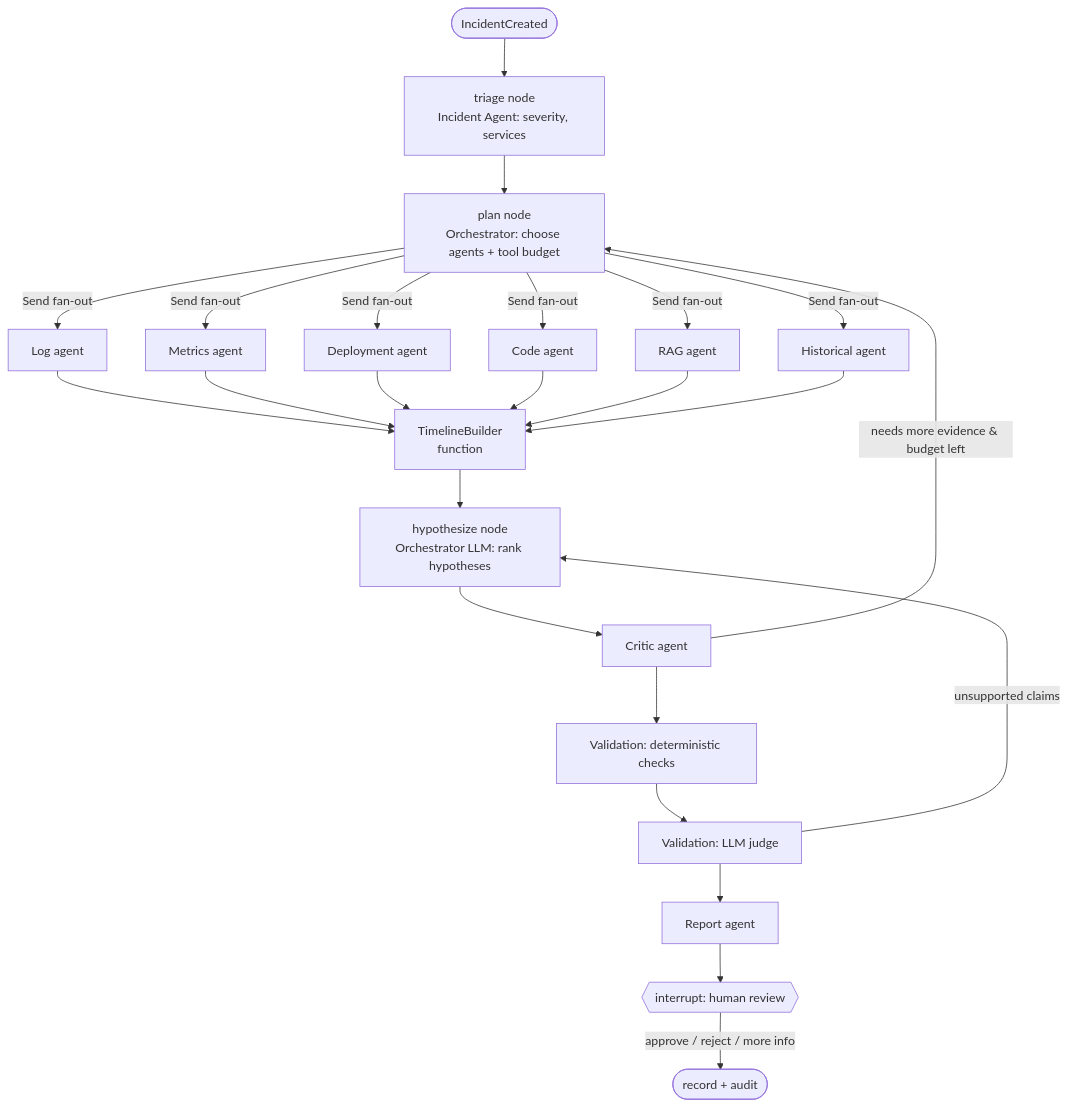
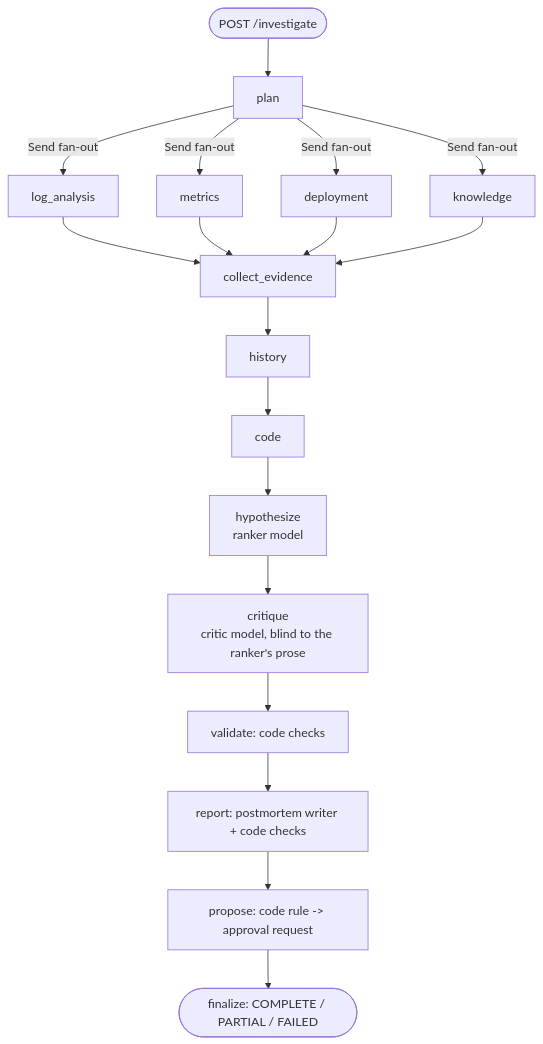
One commit to erpkb-stack/ai-engineering-platform changed the second of 3 diagrams in architecture.md. Above: the diagram before and after it, drawn with Mermaid. The commit also changed other lines of this file and 30 other files, not shown here.

````diff
--- a/architecture.md
+++ b/architecture.md
@@ -197,16 +204,12 @@
 ```mermaid
 flowchart TD
-  S([IncidentCreated]) --> T[triage node\nIncident Agent: severity, services]
-  T --> P[plan node\nOrchestrator: choose agents + tool budget]
-  P -->|Send fan-out| L[Log agent] & M[Metrics agent] & D[Deployment agent] & C[Code agent] & R[RAG agent] & H[Historical agent]
-  L & M & D & C & R & H --> TL[TimelineBuilder\nfunction]
-  TL --> HY[hypothesize node\nOrchestrator LLM: rank hypotheses]
-  HY --> CR[Critic agent]
-  CR -->|needs more evidence & budget left| P
-  CR --> VD[Validation: deterministic checks]
-  VD --> VJ[Validation: LLM judge]
-  VJ -->|unsupported claims| HY
-  VJ --> RP[Report agent]
-  RP --> HI{{interrupt: human review}}
-  HI -->|approve / reject / more info| END([record + audit])
+  S([POST /investigate]) --> P[plan]
+  P -->|Send fan-out| L[log_analysis] & M[metrics] & D[deployment] & K[knowledge]
+  L & M & D & K --> CE[collect_evidence]
+  CE --> HI[history] --> CO[code] --> HY[hypothesize\nranker model]
+  HY --> CR[critique\ncritic model, blind to the ranker's prose]
+  CR --> VD[validate: code checks]
+  VD --> RP[report: postmortem writer + code checks]
+  RP --> PR[propose: code rule -> approval request]
+  PR --> F([finalize: COMPLETE / PARTIAL / FAILED])
 ```
````
